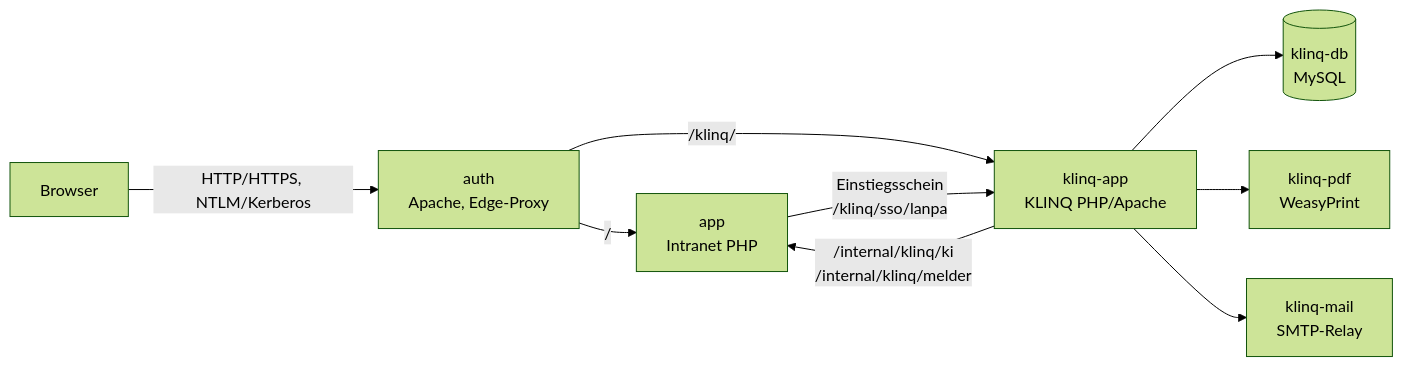
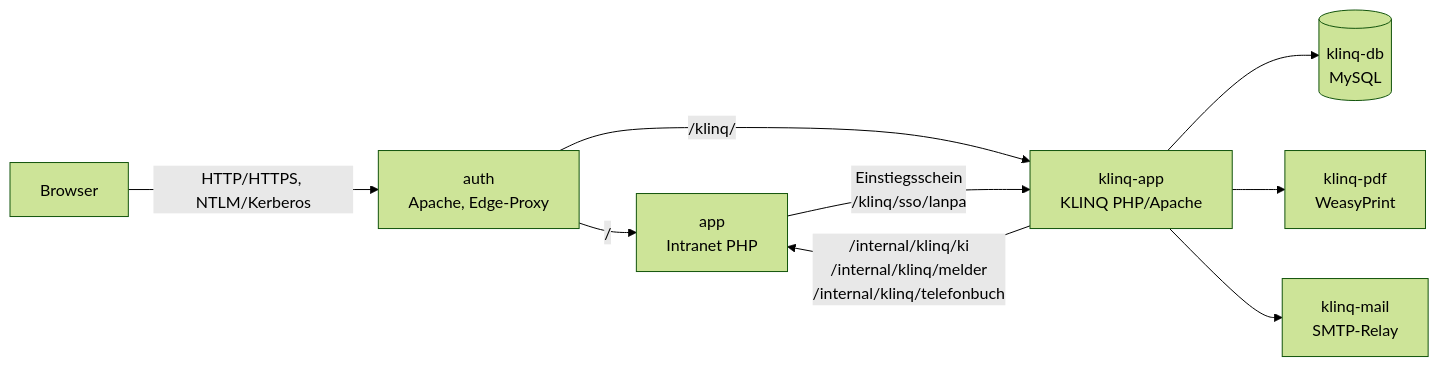
Before and after one commit to dareinelt/lanpa: the diagram in docs/klinq.md, drawn with Mermaid (forest theme). The commit also changed other lines of this file and 19 other files, not shown here.

````diff
--- a/docs/klinq.md
+++ b/docs/klinq.md
@@ -90,11 +90,11 @@
 ```mermaid
 flowchart LR
     B[Browser] -->|HTTP/HTTPS, NTLM/Kerberos| A[auth<br/>Apache, Edge-Proxy]
     A -->|/| APP[app<br/>Intranet PHP]
     A -->|/klinq/| K[klinq-app<br/>KLINQ PHP/Apache]
     K --> DB[(klinq-db<br/>MySQL)]
     K --> PDF[klinq-pdf<br/>WeasyPrint]
     K --> MAIL[klinq-mail<br/>SMTP-Relay]
-    K -->|/internal/klinq/ki<br/>/internal/klinq/melder| APP
+    K -->|/internal/klinq/ki<br/>/internal/klinq/melder<br/>/internal/klinq/telefonbuch| APP
     APP -->|Einstiegsschein<br/>/klinq/sso/lanpa| K
 ```
````
